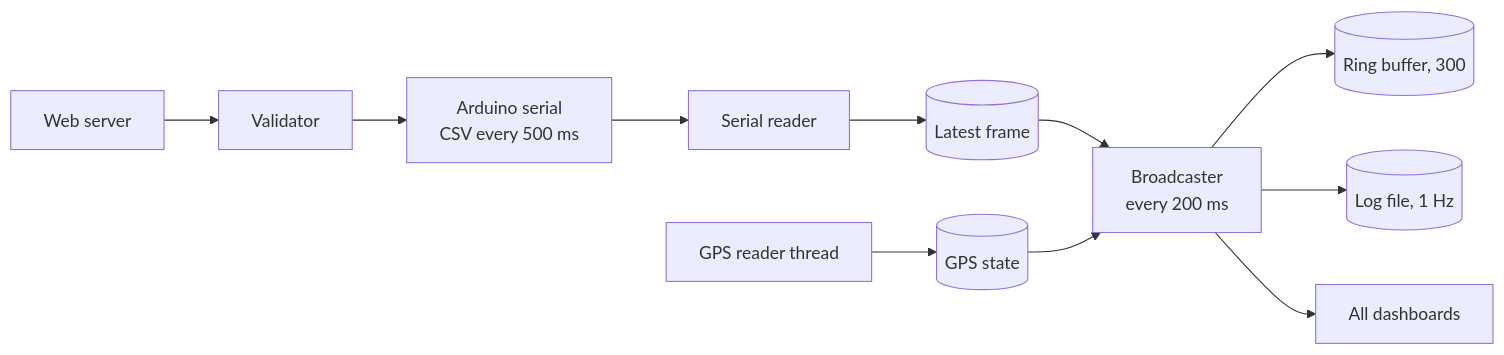
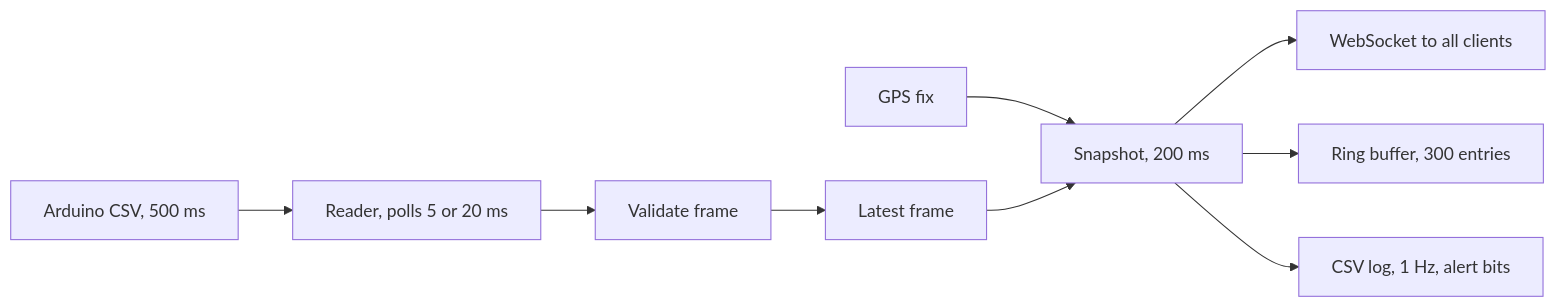
The seventh of 12 diagrams in research paper/section3_methodology.md (baiust999/robort-code-from-pi), drawn with Mermaid before and after one commit. The commit also changed other lines of this file and 2 other files, not shown here.

````diff
--- a/research paper/section3_methodology.md
+++ b/research paper/section3_methodology.md
@@ -318,12 +203,11 @@
 ```mermaid
 flowchart LR
-  UART["Arduino serial<br/>CSV every 500 ms"] --> SRT["Serial reader"]
-  SRT --> LF[("Latest frame")]
-  GT["GPS reader thread"] --> GS[("GPS state")]
-  LF --> BT["Broadcaster<br/>every 200 ms"]
-  GS --> BT
-  BT --> RB[("Ring buffer, 300")]
-  BT --> TL[("Log file, 1 Hz")]
-  BT --> WS["All dashboards"]
-  UV["Web server"] --> VAL["Validator"] --> UART
+  A["Arduino CSV, 500 ms"] --> R["Reader, polls 5 or 20 ms"]
+  R --> V["Validate frame"]
+  V --> L["Latest frame"]
+  G["GPS fix"] --> S["Snapshot, 200 ms"]
+  L --> S
+  S --> WS["WebSocket to all clients"]
+  S --> RB["Ring buffer, 300 entries"]
+  S --> LOG["CSV log, 1 Hz, alert bits"]
 ```
````
